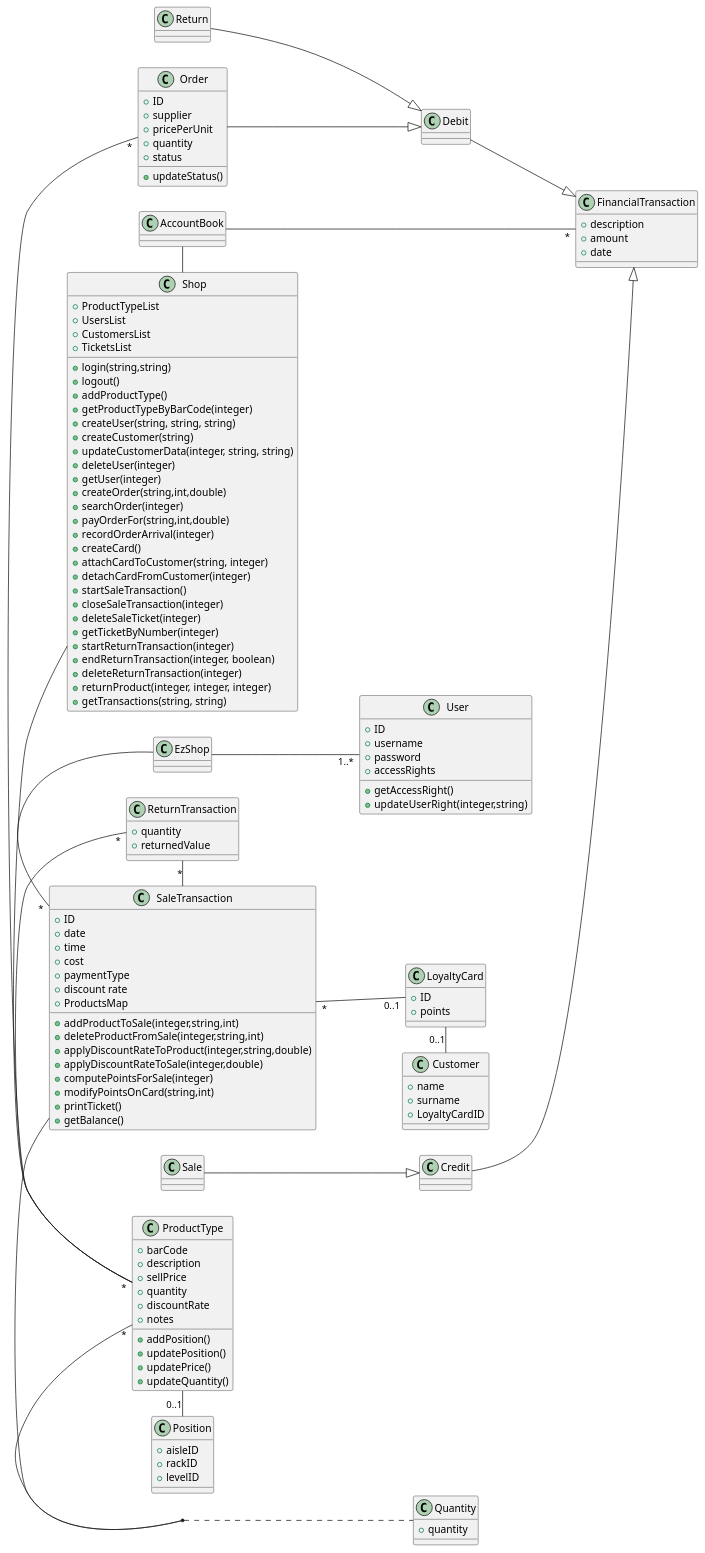
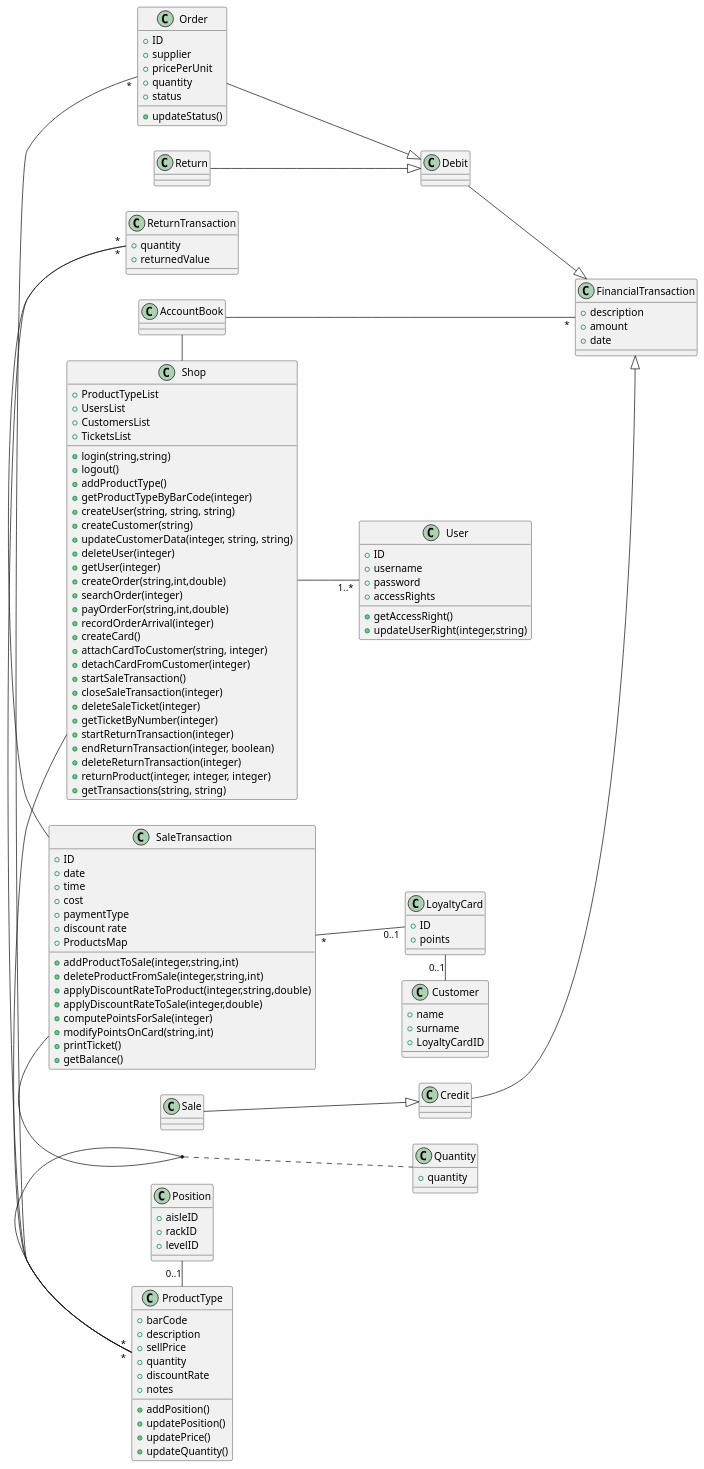
The second of 2 diagrams in Deliverables/DesignDocument.md (GrayNeel/SoftEngProject-EZShop), drawn with PlantUML before and after one commit.

Commit message:
fix: quick fix

````diff
--- a/Deliverables/DesignDocument.md
+++ b/Deliverables/DesignDocument.md
@@ -124,8 +124,6 @@
 
 Shop - "*" ProductType
 
-EzShop - "*" SaleTransaction
-
 class SaleTransaction {
     +ID 
     +date
@@ -204,7 +202,7 @@
     +updateUserRight(integer,string)    
 }
 
-EzShop -- "1..*" User
+Shop -- "1..*" User
 
 @enduml
 ```
````
